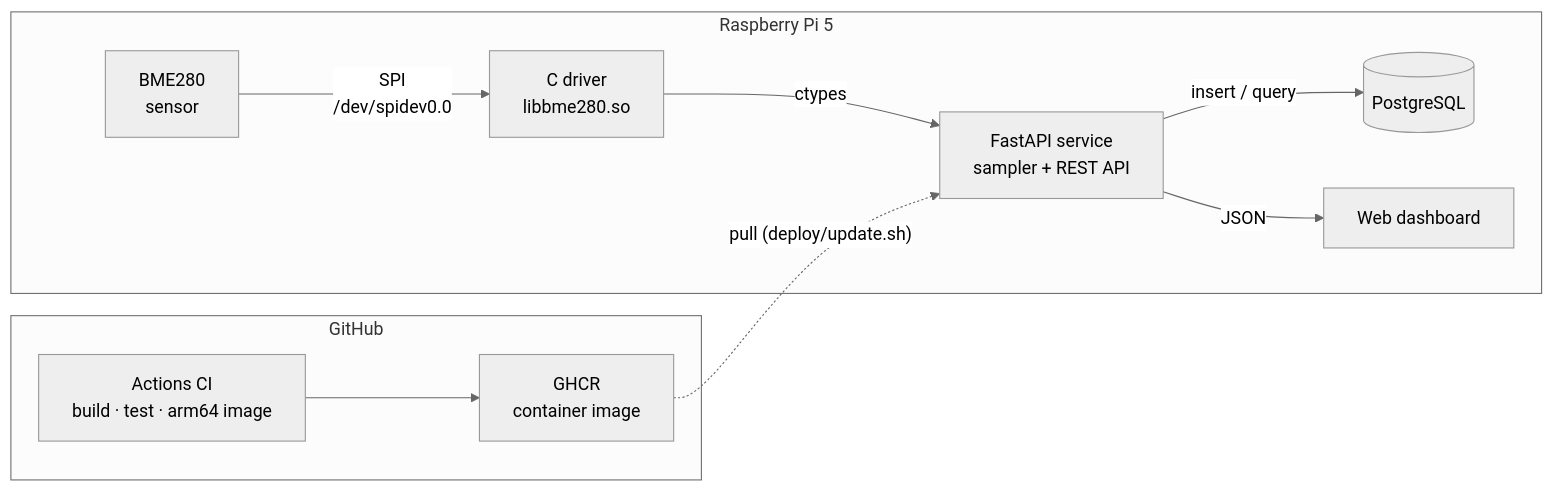
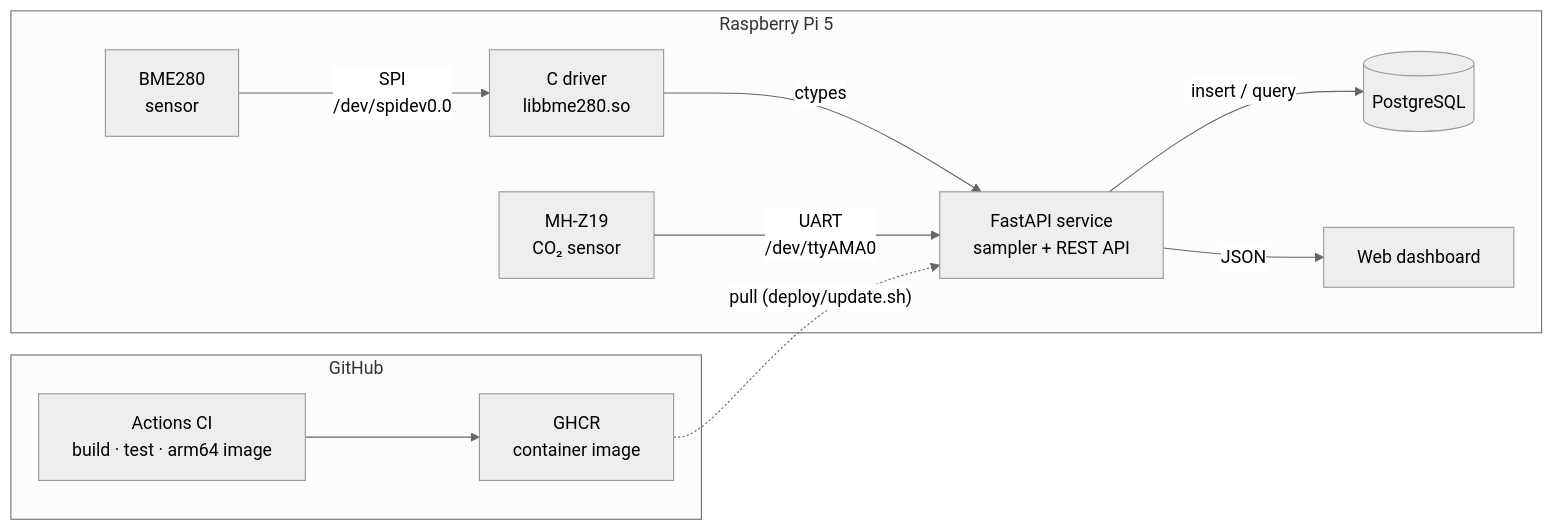
Before and after one commit to AlexT01010100/bme280-pi-telemetry: the diagram in README.md, drawn with Mermaid (neutral theme). The commit also changed other lines of this file and 17 other files, not shown here.

````diff
--- a/README.md
+++ b/README.md
@@ -9,13 +9,14 @@
 ```mermaid
 flowchart LR
     subgraph pi["Raspberry Pi 5"]
         sensor["BME280<br/>sensor"] -- "SPI<br/>/dev/spidev0.0" --> driver["C driver<br/>libbme280.so"]
         driver -- ctypes --> sampler["FastAPI service<br/>sampler + REST API"]
+        co2["MH-Z19<br/>CO₂ sensor"] -- "UART<br/>/dev/ttyAMA0" --> sampler
         sampler -- "insert / query" --> db[("PostgreSQL")]
         sampler -- "JSON" --> dash["Web dashboard"]
     end
     subgraph gh["GitHub"]
         ci["Actions CI<br/>build · test · arm64 image"] --> ghcr["GHCR<br/>container image"]
     end
     ghcr -. "pull (deploy/update.sh)" .-> sampler
 ```
````
